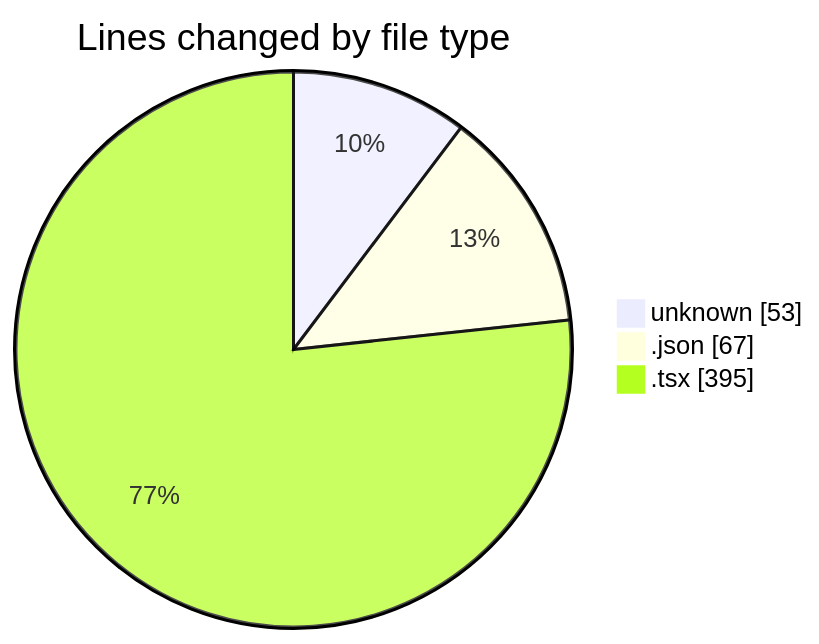
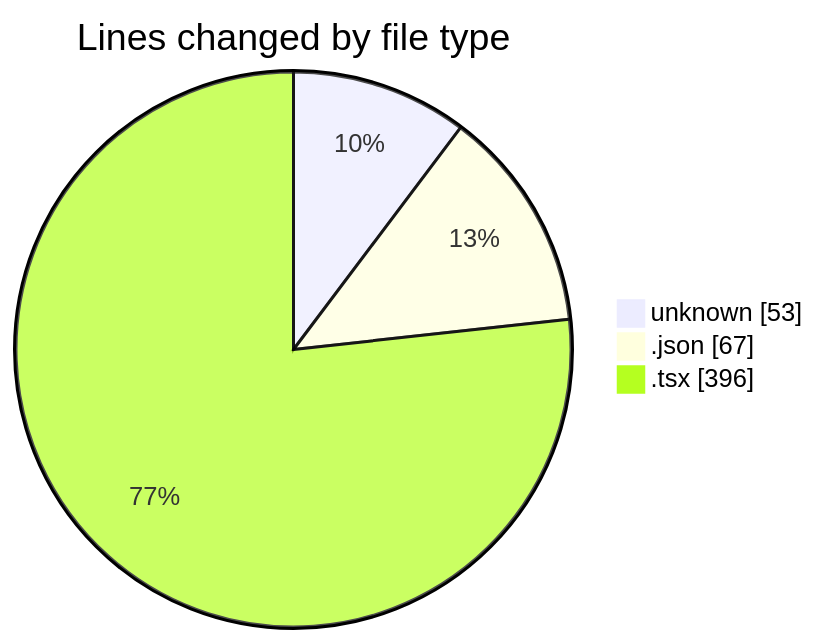
One commit to momahboobian/code-tracking changed the first of 2 diagrams in 2026-01-19/cda/README.md. Above: the diagram before and after it, drawn with Mermaid. The commit also changed other lines of this file and 1 other file, not shown here.

````diff
--- a/2026-01-19/cda/README.md
+++ b/2026-01-19/cda/README.md
@@ -22,7 +22,7 @@
 ```mermaid
 pie showData
 title Lines changed by file type
 "unknown" : 53
 ".json" : 67
-".tsx" : 395
+".tsx" : 396
 ```
````
